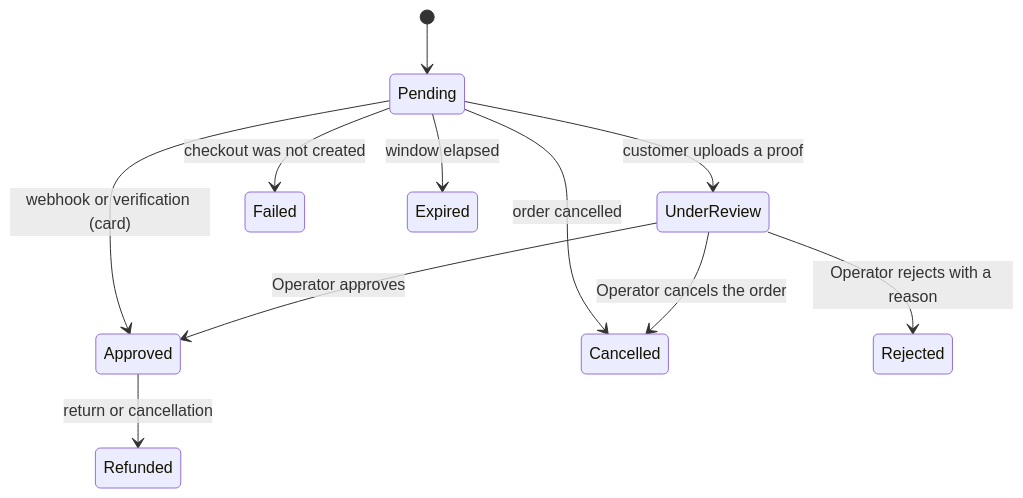
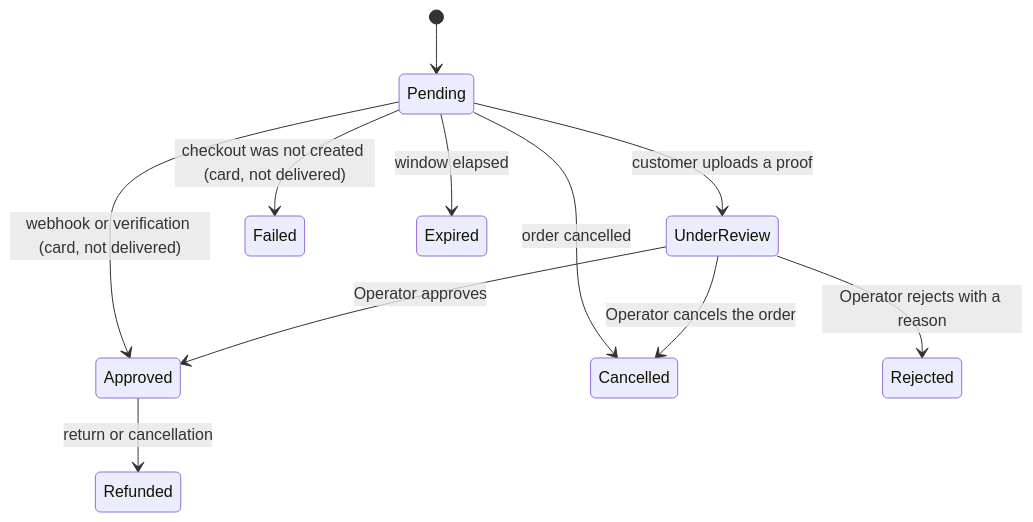
Before and after one commit to RedeArmy/bakery-shopcart-ecommerce: the second of 2 diagrams in docs/architecture/04-state-machines.md, drawn with Mermaid. The commit also changed 28 other files, not shown here.

First line of the commit message:
docs: verify the delivery with Postman, align the architecture and rename the bakery (#42)

````diff
--- a/docs/architecture/04-state-machines.md
+++ b/docs/architecture/04-state-machines.md
@@ -65,13 +65,13 @@
 ```mermaid
 stateDiagram-v2
   [*] --> Pending
   Pending --> UnderReview: customer uploads a proof
-  Pending --> Approved: webhook or verification (card)
-  Pending --> Failed: checkout was not created
+  Pending --> Approved: webhook or verification (card, not delivered)
+  Pending --> Failed: checkout was not created (card, not delivered)
   Pending --> Expired: window elapsed
   Pending --> Cancelled: order cancelled
   UnderReview --> Approved: Operator approves
   UnderReview --> Rejected: Operator rejects with a reason
   UnderReview --> Cancelled: Operator cancels the order
   Approved --> Refunded: return or cancellation
 ```
````
